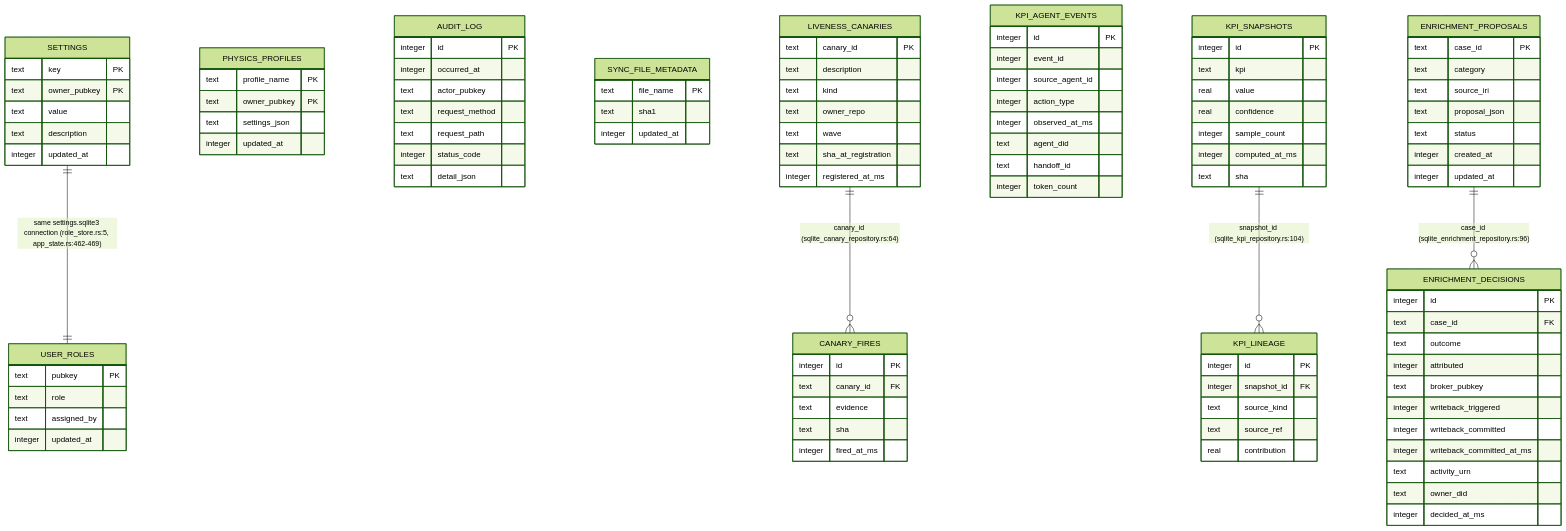
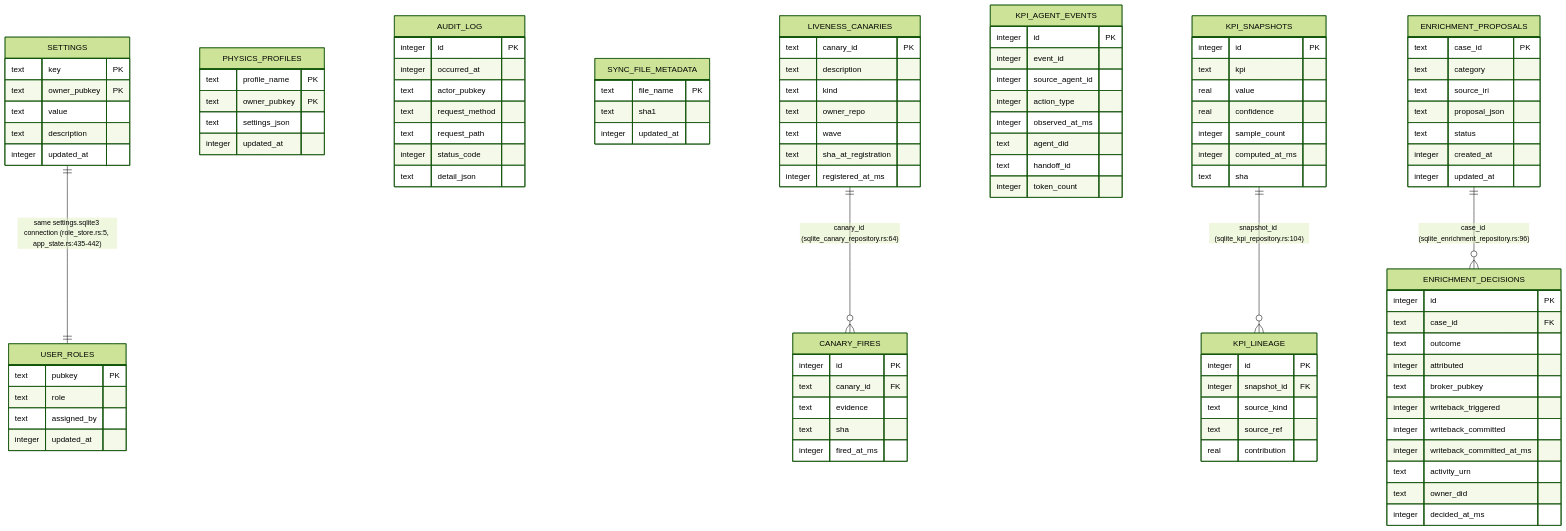
The second of 11 diagrams in docs/diagrams/visionclaw/22-data-authority-provenance-erasure.md (DreamLab-AI/VisionFlow), drawn with Mermaid (forest theme) before and after one commit. The commit also changed other lines of this file and 26 other files, not shown here.

First line of the commit message:
docs(diagrams): re-verify solid-pod-rs, nostr-rust-forum and visionclaw 22/36 against HEAD

````diff
--- a/docs/diagrams/visionclaw/22-data-authority-provenance-erasure.md
+++ b/docs/diagrams/visionclaw/22-data-authority-provenance-erasure.md
@@ -189,5 +192,5 @@
     ENRICHMENT_PROPOSALS ||--o{ ENRICHMENT_DECISIONS : "case_id (sqlite_enrichment_repository.rs:96)"
     LIVENESS_CANARIES ||--o{ CANARY_FIRES : "canary_id (sqlite_canary_repository.rs:64)"
     KPI_SNAPSHOTS ||--o{ KPI_LINEAGE : "snapshot_id (sqlite_kpi_repository.rs:104)"
-    SETTINGS ||--|| USER_ROLES : "same settings.sqlite3 connection (role_store.rs:5, app_state.rs:462-469)"
+    SETTINGS ||--|| USER_ROLES : "same settings.sqlite3 connection (role_store.rs:5, app_state.rs:435-442)"
 ```
````
